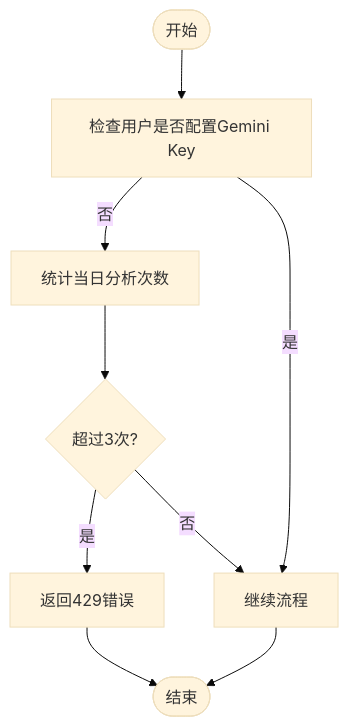
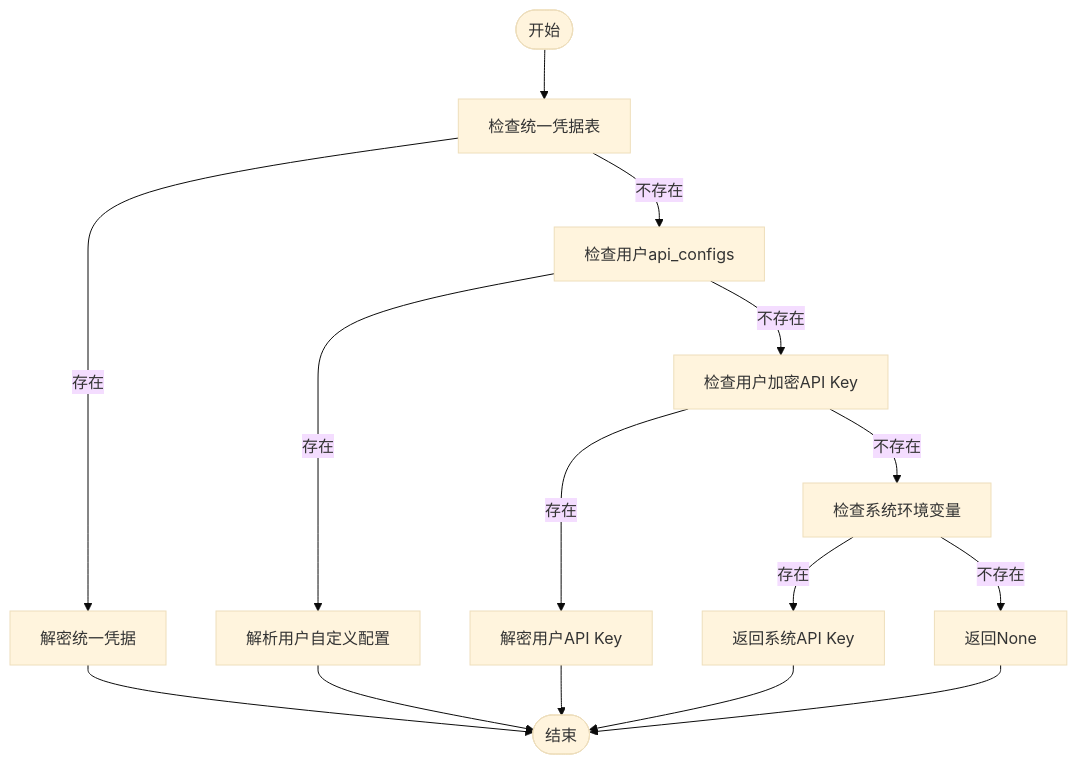
Before and after one commit to breeze-lyf/ai-stock-advisor: the fourth of 6 diagrams in .qoder/repowiki/zh/content/AI智能分析服务/Gemini AI集成.md, drawn with Mermaid (base theme). The commit also changed other lines of this file and 30 other files, not shown here.

````diff
--- a/.qoder/repowiki/zh/content/AI智能分析服务/Gemini AI集成.md
+++ b/.qoder/repowiki/zh/content/AI智能分析服务/Gemini AI集成.md
@@ -184,11 +238,17 @@
 ```mermaid
 flowchart TD
-Start(["开始"]) --> CheckKey["检查用户是否配置Gemini Key"]
-CheckKey --> |否| CountToday["统计当日分析次数"]
-CountToday --> LimitReached{"超过3次?"}
-LimitReached --> |是| Reject["返回429错误"]
-LimitReached --> |否| Proceed["继续流程"]
-CheckKey --> |是| Proceed
-Proceed --> End(["结束"])
-Reject --> End
+Start(["开始"]) --> CheckUnified["检查统一凭据表"]
+CheckUnified --> |存在| DecryptUnified["解密统一凭据"]
+CheckUnified --> |不存在| CheckUserConfig["检查用户api_configs"]
+CheckUserConfig --> |存在| ParseUserConfig["解析用户自定义配置"]
+CheckUserConfig --> |不存在| CheckUserKey["检查用户加密API Key"]
+CheckUserKey --> |存在| DecryptUserKey["解密用户API Key"]
+CheckUserKey --> |不存在| CheckSystemEnv["检查系统环境变量"]
+DecryptUnified --> End(["结束"])
+ParseUserConfig --> End
+DecryptUserKey --> End
+CheckSystemEnv --> |存在| ReturnSystemKey["返回系统API Key"]
+CheckSystemEnv --> |不存在| ReturnNone["返回None"]
+ReturnSystemKey --> End
+ReturnNone --> End
 ```
````
